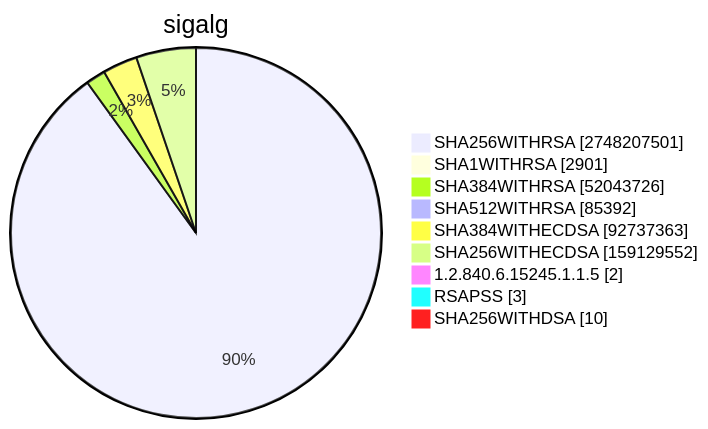
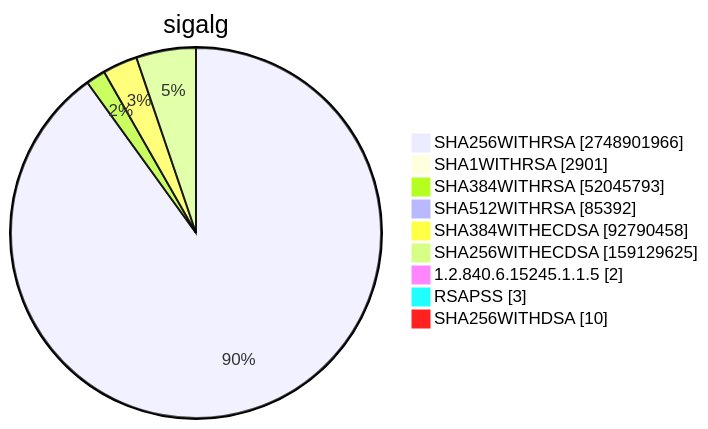
Diagram 15 of 15 in TOTAL/README.md (christiankrug/ctmonitor_visualization), drawn with Mermaid before and after one commit. The commit also changed other lines of this file, not shown here.

````diff
--- a/TOTAL/README.md
+++ b/TOTAL/README.md
@@ -6205,13 +6205,13 @@
 ```mermaid
 pie showData
 title sigalg
-"SHA256WITHRSA" :2748207501
+"SHA256WITHRSA" :2748901966
 "SHA1WITHRSA" :2901
-"SHA384WITHRSA" :52043726
+"SHA384WITHRSA" :52045793
 "SHA512WITHRSA" :85392
-"SHA384WITHECDSA" :92737363
-"SHA256WITHECDSA" :159129552
+"SHA384WITHECDSA" :92790458
+"SHA256WITHECDSA" :159129625
 "1.2.840.6.15245.1.1.5" :2
 "RSAPSS" :3
 "SHA256WITHDSA" :10
 ```
````
